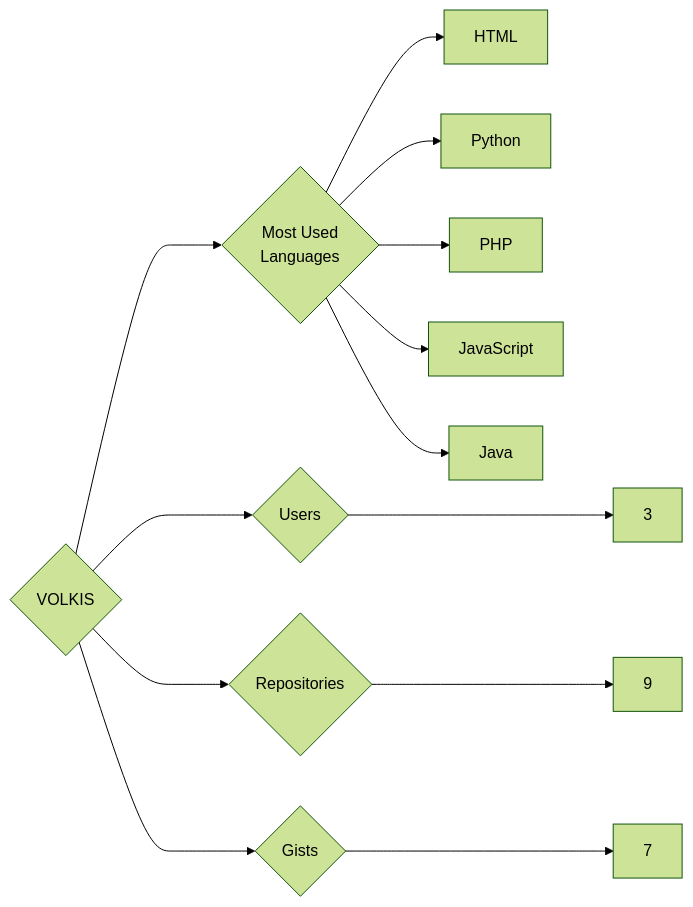
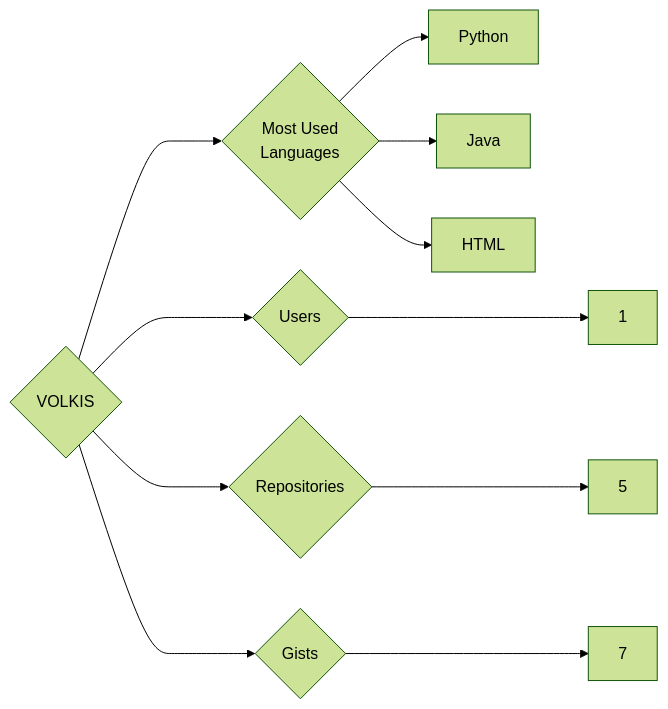
One commit to trickest/insiders changed the diagram in targets/VOLKIS/README.md. Above: the diagram before and after it, drawn with Mermaid (forest theme). The commit also changed 1479 other files, not shown here.

````diff
--- a/targets/VOLKIS/README.md
+++ b/targets/VOLKIS/README.md
@@ -3,13 +3,11 @@
 ```mermaid
 graph LR
 COMPANY_NAME{VOLKIS}
-COMPANY_NAME ---> U{Users} ---> UN[3]
-COMPANY_NAME ---> R{Repositories} ---> RN[9]
+COMPANY_NAME ---> U{Users} ---> UN[1]
+COMPANY_NAME ---> R{Repositories} ---> RN[5]
 COMPANY_NAME ---> G{Gists} ---> GN[7]
 COMPANY_NAME ---> ML{Most Used<br>Languages}
+ML --> Python[Python]
+ML --> Java[Java]
 ML --> HTML[HTML]
-ML --> Python[Python]
-ML --> PHP[PHP]
-ML --> JavaScript[JavaScript]
-ML --> Java[Java]
 ```
````
